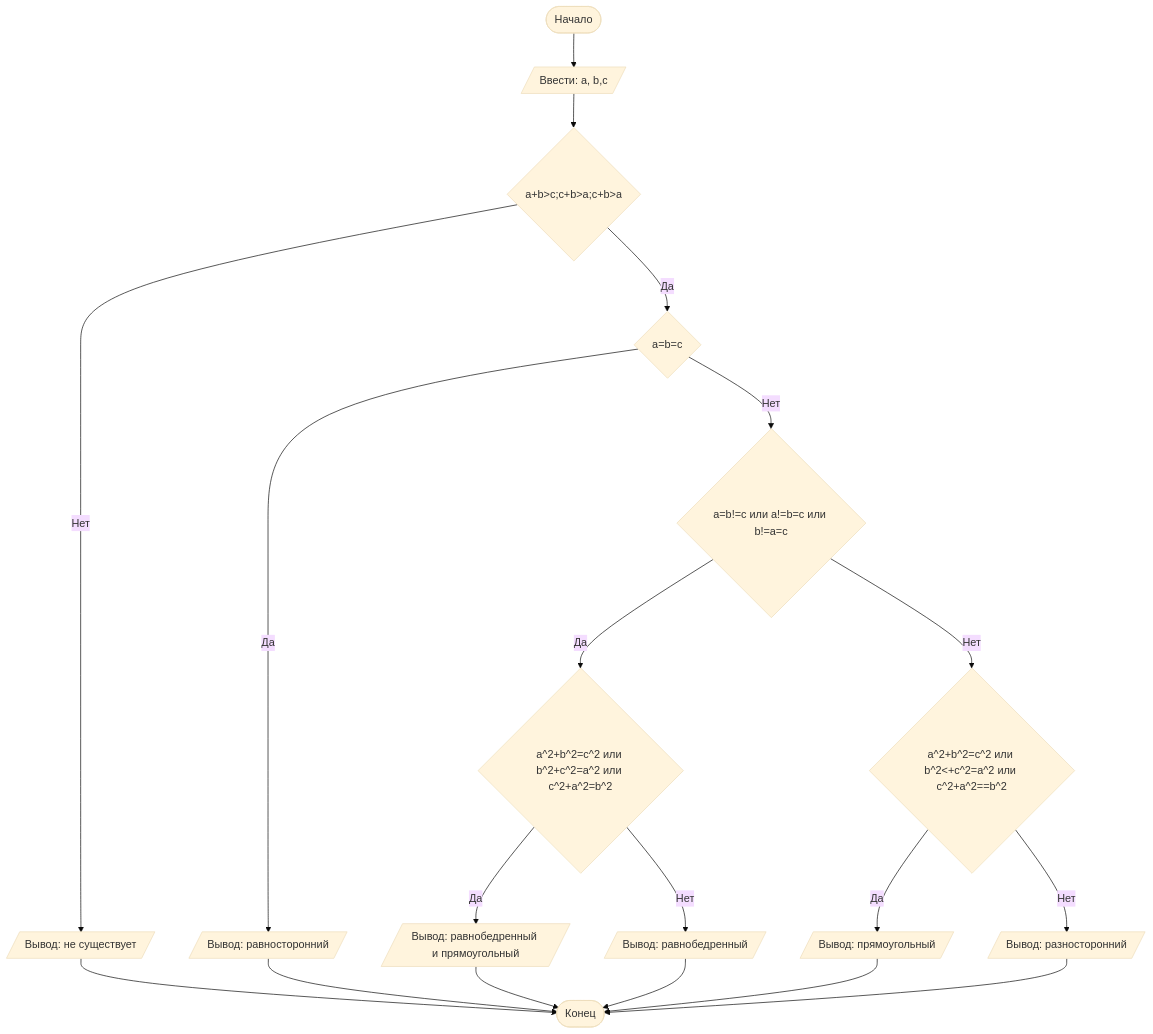
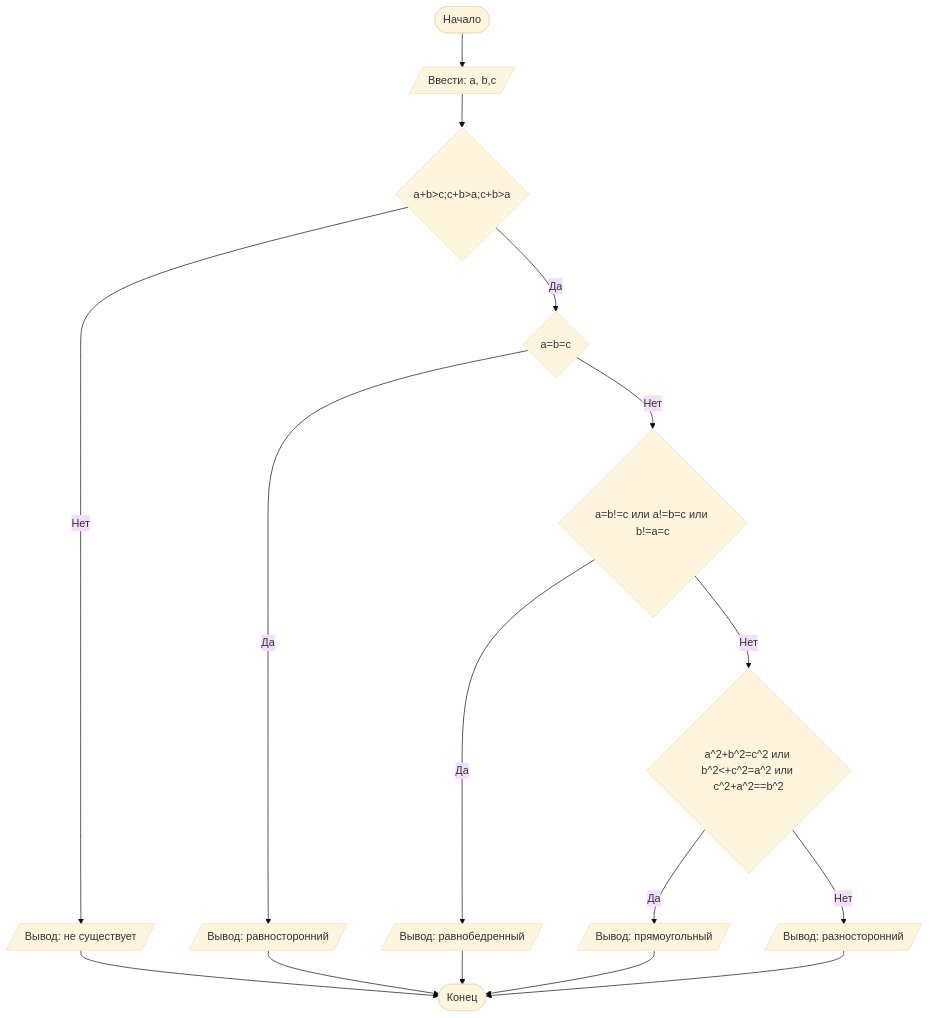
One commit to Laricheva10/lab1 changed the diagram in README.md. Above: the diagram before and after it, drawn with Mermaid (base theme). The commit also changed other lines of this file, not shown here.

````diff
--- a/README.md
+++ b/README.md
@@ -95,22 +95,19 @@
 ```mermaid
 graph TD
     A([Начало]) --> B[/Ввести: a, b,c/]
     B --> C{a+b>с;с+b>a;с+b>a}
     C -- Нет --> D[/Вывод: не существует/]
     C -- Да --> L{a=b=c}
     L -- Да --> M[/Вывод: равносторонний/]
     L -- Нет --> N{a=b!=c или a!=b=c или b!=a=c}
-    N -- Да --> O{a^2+b^2=c^2 или b^2+c^2=a^2 или c^2+a^2=b^2}
-    O -- Да --> P[/Вывод: равнобедренный и прямоугольный/]
-    O -- Нет --> R[/Вывод: равнобедренный/]
+    N -- Да --> R[/Вывод: равнобедренный/]
     N -- Нет --> S{a^2+b^2=c^2 или b^2<+c^2=a^2 или c^2+a^2==b^2}
     S -- Да --> T[/Вывод: прямоугольный/]
     S -- Нет --> Q[/Вывод: разносторонний/]
     D --> Z
     M --> Z
-    P --> Z
     R --> Z
     T --> Z
     Q --> Z([Конец])
 
 ```
````
